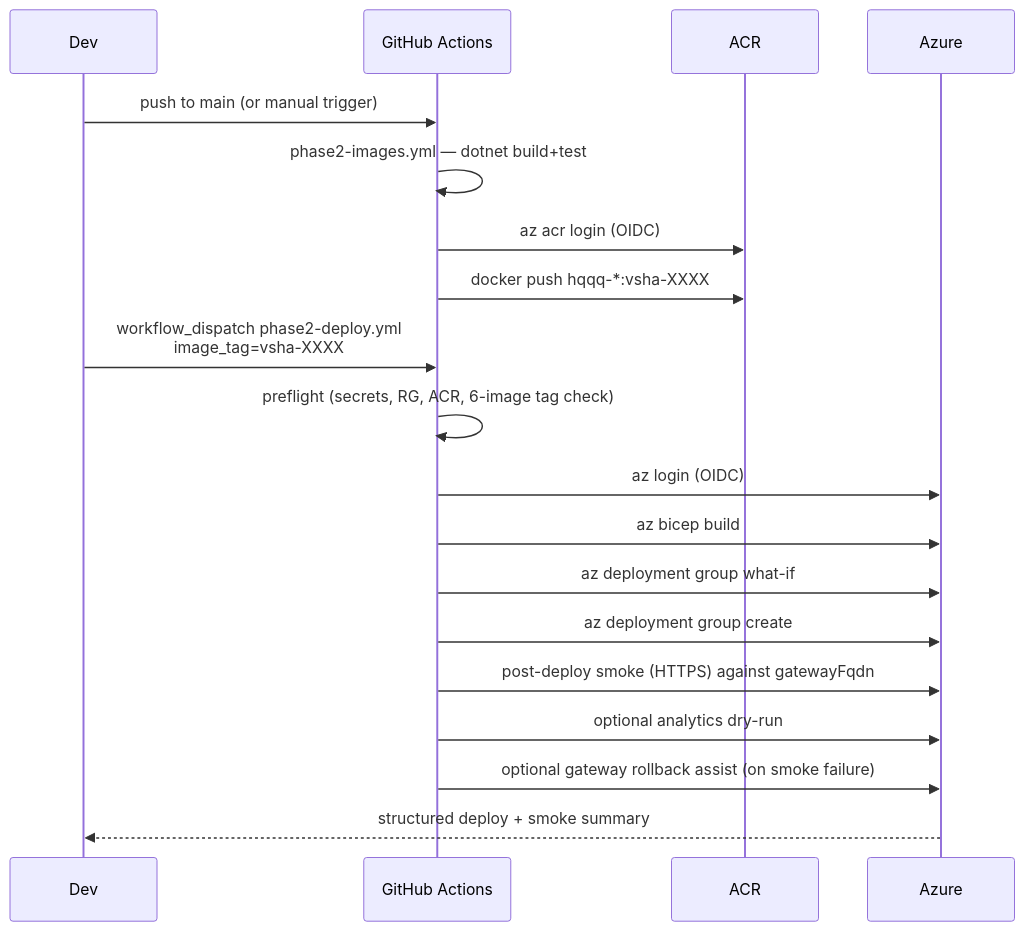
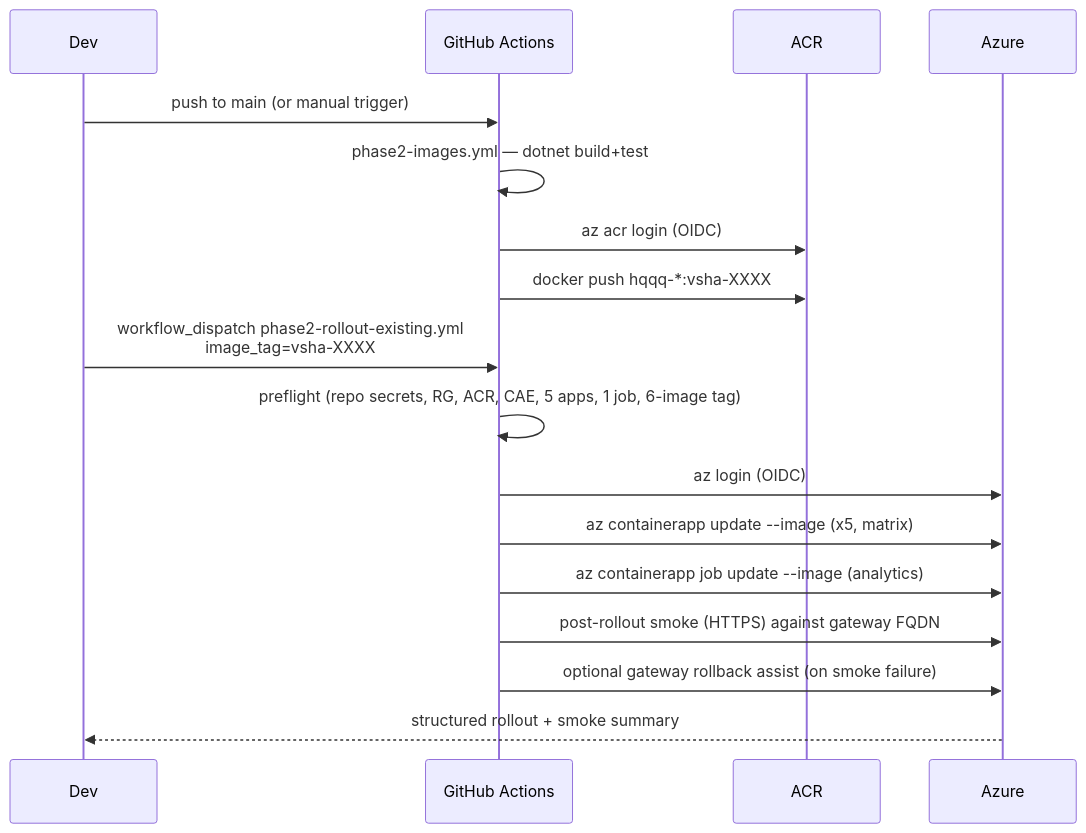
Before and after one commit to haozhe0302/nasdaq-etf-engine: the diagram in docs/phase2/azure-deploy.md, drawn with Mermaid. The commit also changed other lines of this file and 69 other files, not shown here.

````diff
--- a/docs/phase2/azure-deploy.md
+++ b/docs/phase2/azure-deploy.md
@@ -44,21 +114,19 @@
 ```mermaid
 sequenceDiagram
     participant Dev
     participant GH as GitHub Actions
     participant ACR
     participant Azure
     Dev->>GH: push to main (or manual trigger)
     GH->>GH: phase2-images.yml — dotnet build+test
     GH->>ACR: az acr login (OIDC)
     GH->>ACR: docker push hqqq-*:vsha-XXXX
-    Dev->>GH: workflow_dispatch phase2-deploy.yml<br/>image_tag=vsha-XXXX
-    GH->>GH: preflight (secrets, RG, ACR, 6-image tag check)
+    Dev->>GH: workflow_dispatch phase2-rollout-existing.yml<br/>image_tag=vsha-XXXX
+    GH->>GH: preflight (repo secrets, RG, ACR, CAE, 5 apps, 1 job, 6-image tag)
     GH->>Azure: az login (OIDC)
-    GH->>Azure: az bicep build
-    GH->>Azure: az deployment group what-if
-    GH->>Azure: az deployment group create
-    GH->>Azure: post-deploy smoke (HTTPS) against gatewayFqdn
-    GH->>Azure: optional analytics dry-run
+    GH->>Azure: az containerapp update --image (x5, matrix)
+    GH->>Azure: az containerapp job update --image (analytics)
+    GH->>Azure: post-rollout smoke (HTTPS) against gateway FQDN
     GH->>Azure: optional gateway rollback assist (on smoke failure)
-    Azure-->>Dev: structured deploy + smoke summary
+    Azure-->>Dev: structured rollout + smoke summary
 ```
````
